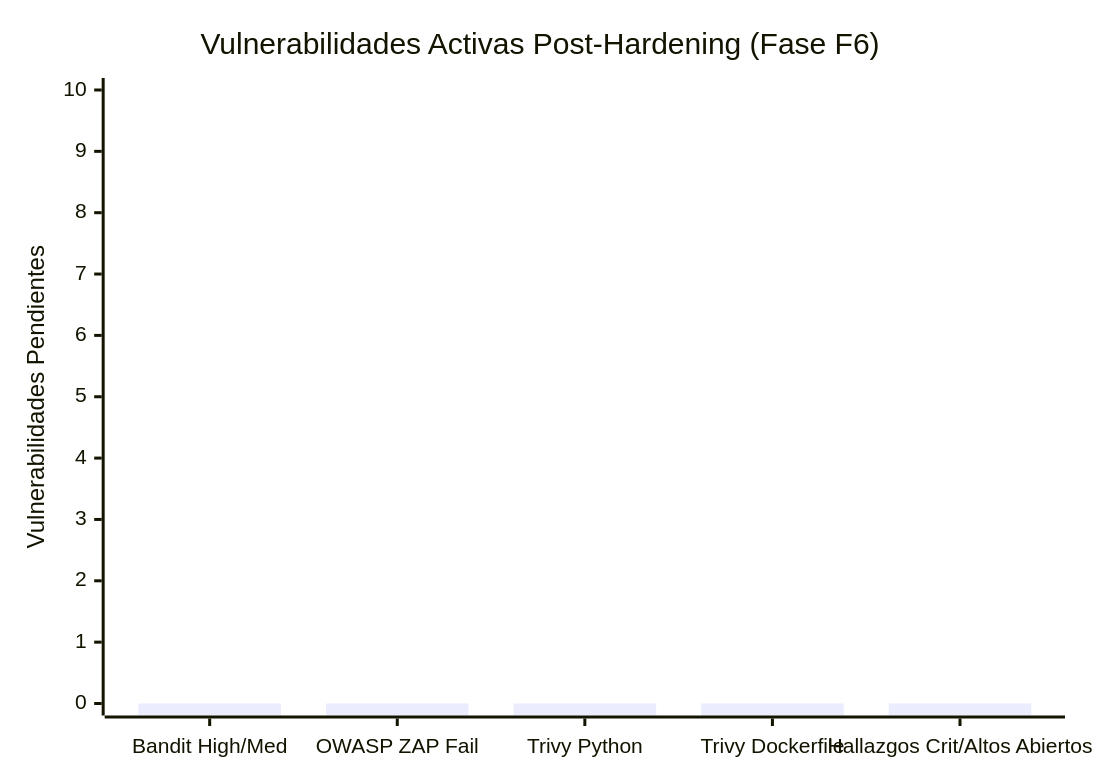
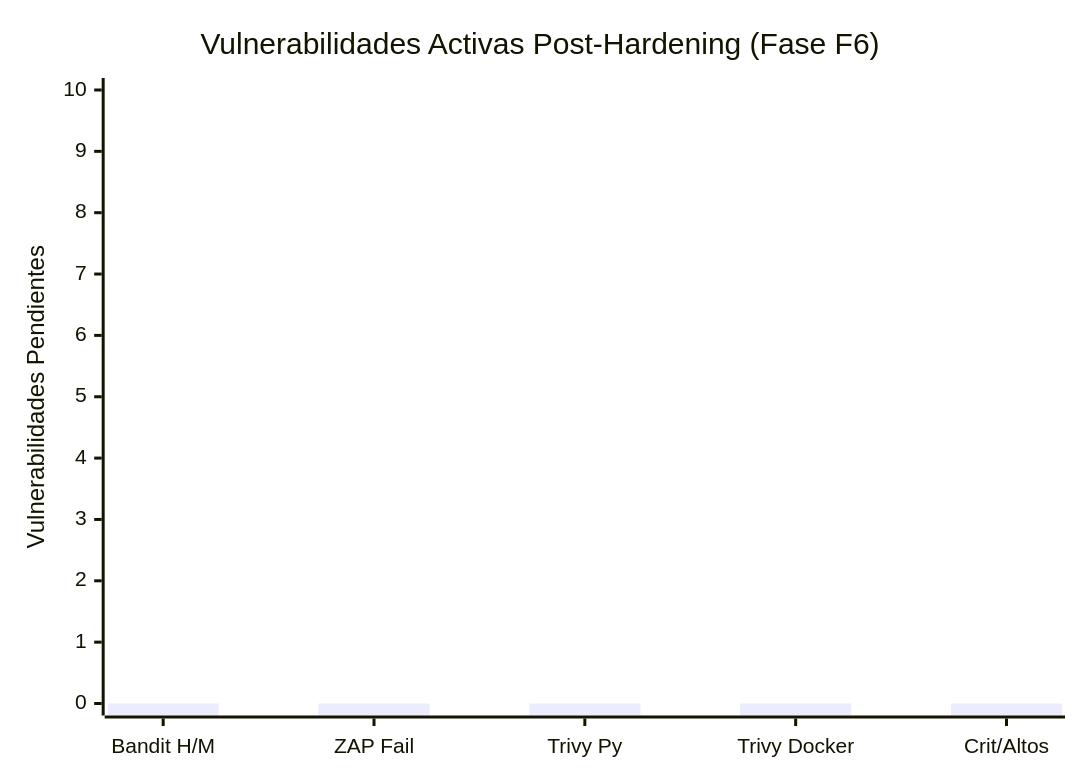
Before and after one commit to Rust7730/GateKeeper-API: the fifth of 6 diagrams in docs/reporte-final-gatekeeper.md, drawn with Mermaid. The commit also changed 1 other file, not shown here.

Commit message:
docs: agregar PDF final del reporte y ajustar etiquetas de grafica Mermaid

````diff
--- a/docs/reporte-final-gatekeeper.md
+++ b/docs/reporte-final-gatekeeper.md
@@ -401,7 +401,7 @@
 ```mermaid
 xychart-beta
     title "Vulnerabilidades Activas Post-Hardening (Fase F6)"
-    x-axis ["Bandit High/Med", "OWASP ZAP Fail", "Trivy Python", "Trivy Dockerfile", "Hallazgos Crit/Altos Abiertos"]
+    x-axis ["Bandit H/M", "ZAP Fail", "Trivy Py", "Trivy Docker", "Crit/Altos"]
     y-axis "Vulnerabilidades Pendientes" 0 --> 10
     bar [0, 0, 0, 0, 0]
 ```
````
